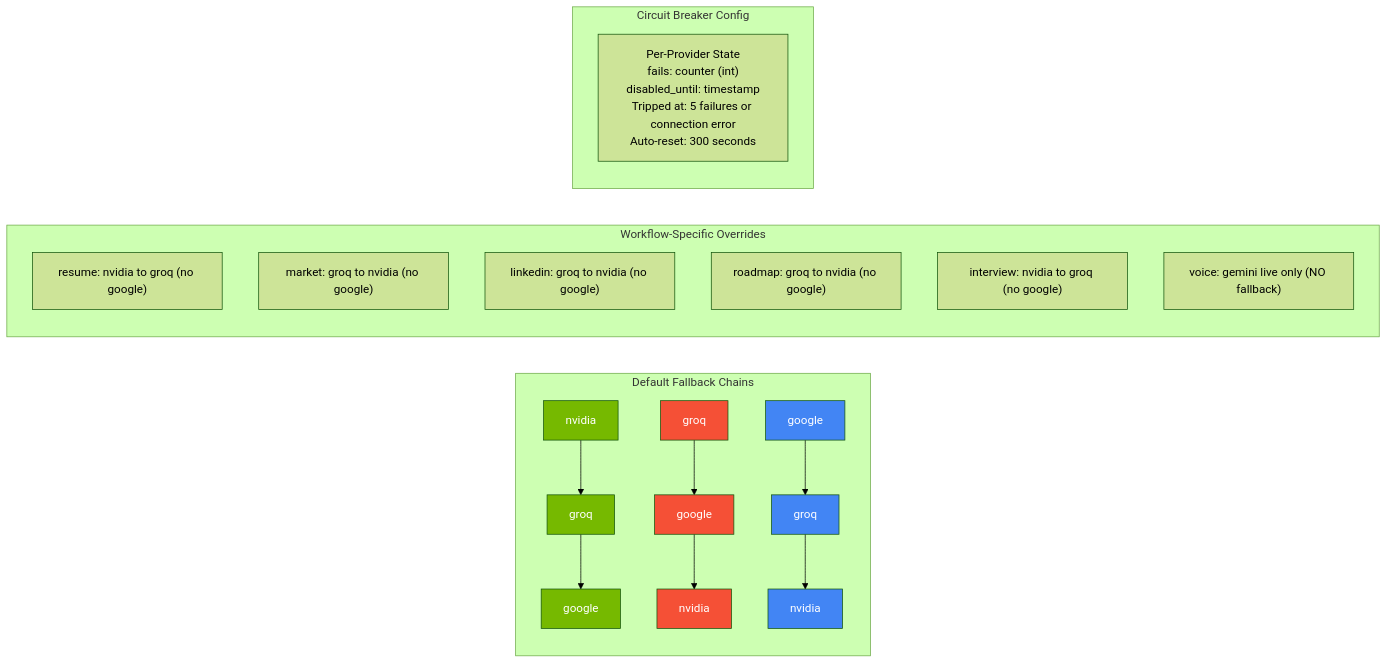
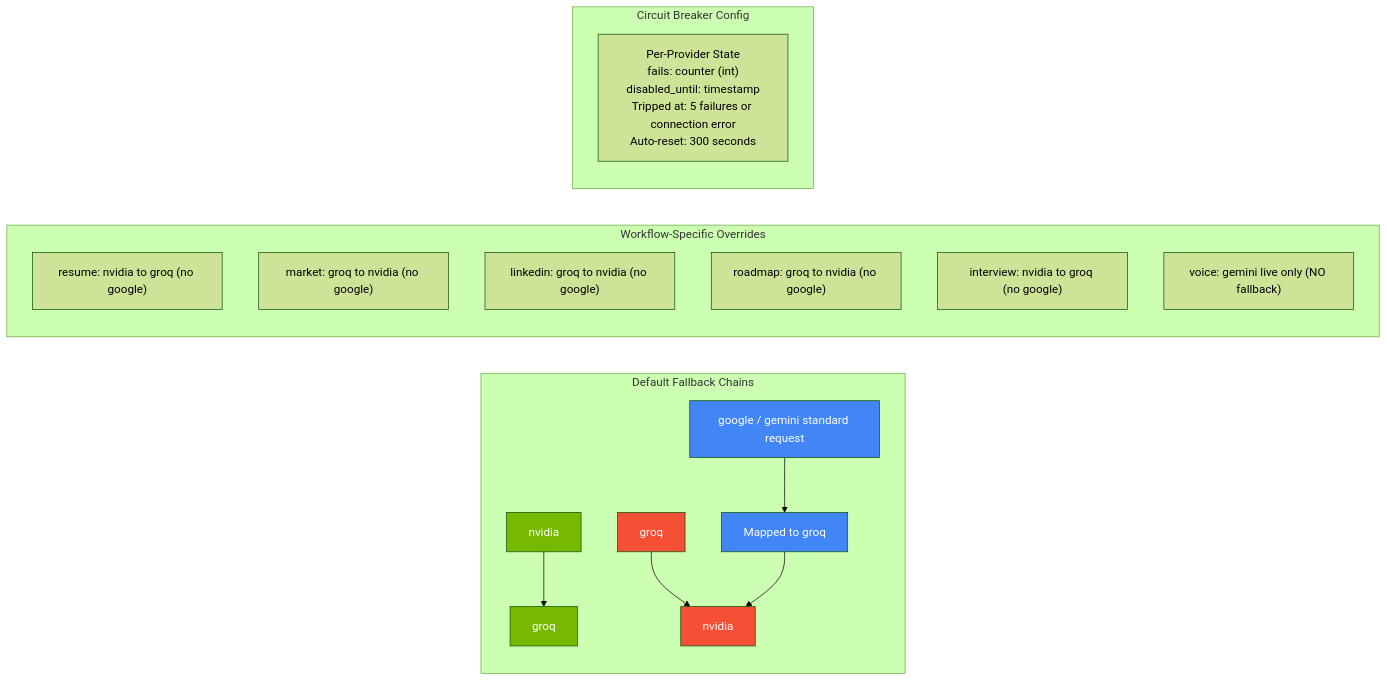
One commit to Anil-Pradhan-web/ai-career-mentor changed diagram 14 of 34 in documentation/ARCHITECTURE.md. Above: the diagram before and after it, drawn with Mermaid (forest theme). The commit also changed other lines of this file, not shown here.

Commit message:
docs: sync architecture guide database schema and fallback chains for career analysis

````diff
--- a/documentation/ARCHITECTURE.md
+++ b/documentation/ARCHITECTURE.md
@@ -739,29 +739,29 @@
 ```mermaid
 graph LR
     classDef nvidia fill:#76B900,color:#fff
     classDef groq fill:#F55036,color:#fff
     classDef google fill:#4285F4,color:#fff
 
     subgraph "Default Fallback Chains"
-        N["nvidia"] --> N_G["groq"] --> N_GO["google"]
-        G["groq"] --> G_GO["google"] --> G_N["nvidia"]
-        GO["google"] --> GO_G["groq"] --> GO_N["nvidia"]
+        N["nvidia"] --> N_G["groq"]
+        G["groq"] --> G_N["nvidia"]
+        GO["google / gemini standard request"] --> MAP["Mapped to groq"] --> G_N
     end
     
     subgraph "Workflow-Specific Overrides"
         W1["resume: nvidia to groq (no google)"]
         W2["market: groq to nvidia (no google)"]
         W3["linkedin: groq to nvidia (no google)"]
         W4["roadmap: groq to nvidia (no google)"]
         W5["interview: nvidia to groq (no google)"]
         W6["voice: gemini live only (NO fallback)"]
     end
 
     subgraph "Circuit Breaker Config"
         CB["Per-Provider State<br/>fails: counter (int)<br/>disabled_until: timestamp<br/>Tripped at: 5 failures or connection error<br/>Auto-reset: 300 seconds"]
     end
 
-    class N,N_G,N_GO nvidia
-    class G,G_GO,G_N groq
-    class GO,GO_G,GO_N google
+    class N,N_G nvidia
+    class G,G_N groq
+    class GO,MAP google
 ```
````
